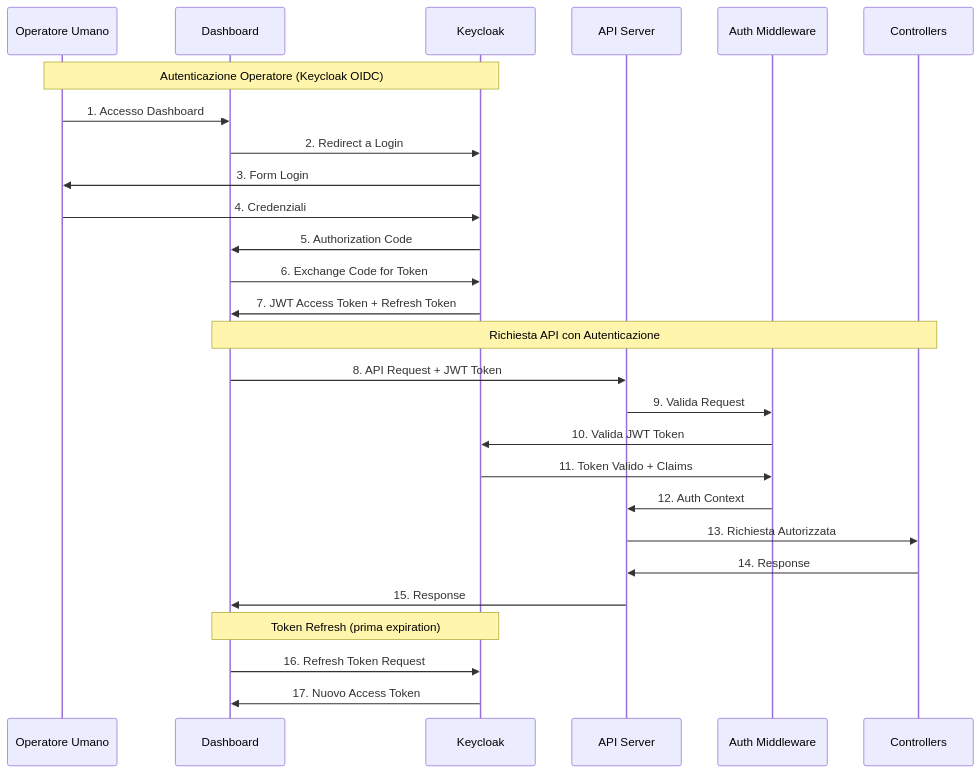
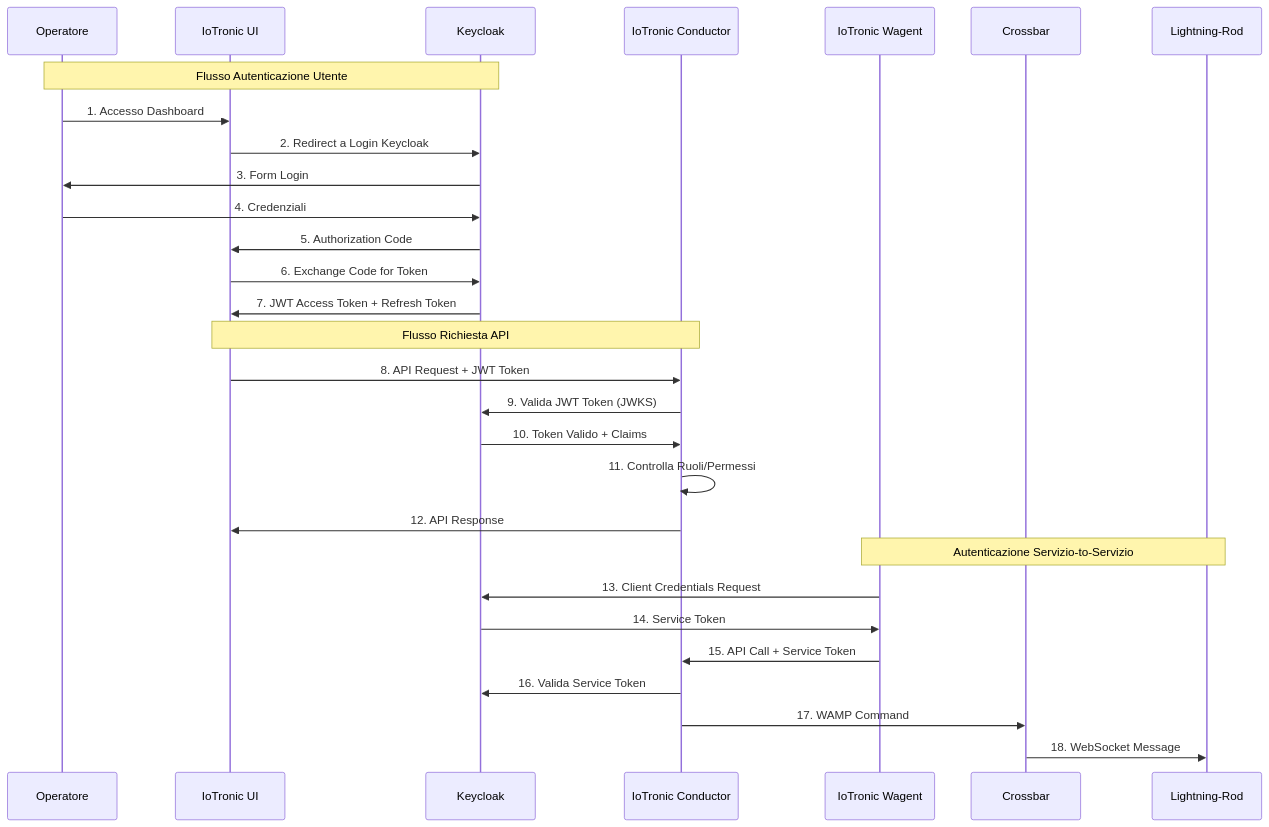
Before and after one commit to lucadagati/DS_projects_25: the second of 3 diagrams in progetto2_retrospect_keycloak_it.md, drawn with Mermaid. The commit also changed other lines of this file and 1 other file, not shown here.

````diff
--- a/progetto2_retrospect_keycloak_it.md
+++ b/progetto2_retrospect_keycloak_it.md
@@ -302,32 +147,34 @@
 ```mermaid
 sequenceDiagram
-    participant User as Operatore Umano
-    participant Dashboard as Dashboard
+    participant User as Operatore
+    participant UI as IoTronic UI
     participant Keycloak as Keycloak
-    participant API as API Server
-    participant MW as Auth Middleware
-    participant Controller as Controllers
+    participant API as IoTronic Conductor
+    participant WAgent as IoTronic Wagent
+    participant Crossbar as Crossbar
+    participant LR as Lightning-Rod
     
-    Note over User,Keycloak: Autenticazione Operatore (Keycloak OIDC)
-    User->>Dashboard: 1. Accesso Dashboard
-    Dashboard->>Keycloak: 2. Redirect a Login
+    Note over User,Keycloak: Flusso Autenticazione Utente
+    User->>UI: 1. Accesso Dashboard
+    UI->>Keycloak: 2. Redirect a Login Keycloak
     Keycloak->>User: 3. Form Login
     User->>Keycloak: 4. Credenziali
-    Keycloak->>Dashboard: 5. Authorization Code
-    Dashboard->>Keycloak: 6. Exchange Code for Token
-    Keycloak->>Dashboard: 7. JWT Access Token + Refresh Token
+    Keycloak->>UI: 5. Authorization Code
+    UI->>Keycloak: 6. Exchange Code for Token
+    Keycloak->>UI: 7. JWT Access Token + Refresh Token
     
-    Note over Dashboard,Controller: Richiesta API con Autenticazione
-    Dashboard->>API: 8. API Request + JWT Token
-    API->>MW: 9. Valida Request
-    MW->>Keycloak: 10. Valida JWT Token
-    Keycloak->>MW: 11. Token Valido + Claims
-    MW->>API: 12. Auth Context
-    API->>Controller: 13. Richiesta Autorizzata
-    Controller->>API: 14. Response
-    API->>Dashboard: 15. Response
+    Note over UI,API: Flusso Richiesta API
+    UI->>API: 8. API Request + JWT Token
+    API->>Keycloak: 9. Valida JWT Token (JWKS)
+    Keycloak->>API: 10. Token Valido + Claims
+    API->>API: 11. Controlla Ruoli/Permessi
+    API->>UI: 12. API Response
     
-    Note over Dashboard,Keycloak: Token Refresh (prima expiration)
-    Dashboard->>Keycloak: 16. Refresh Token Request
-    Keycloak->>Dashboard: 17. Nuovo Access Token
+    Note over WAgent,LR: Autenticazione Servizio-to-Servizio
+    WAgent->>Keycloak: 13. Client Credentials Request
+    Keycloak->>WAgent: 14. Service Token
+    WAgent->>API: 15. API Call + Service Token
+    API->>Keycloak: 16. Valida Service Token
+    API->>Crossbar: 17. WAMP Command
+    Crossbar->>LR: 18. WebSocket Message
 ```
````
